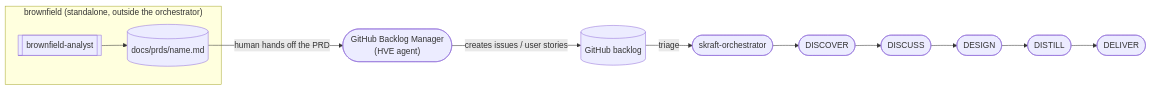
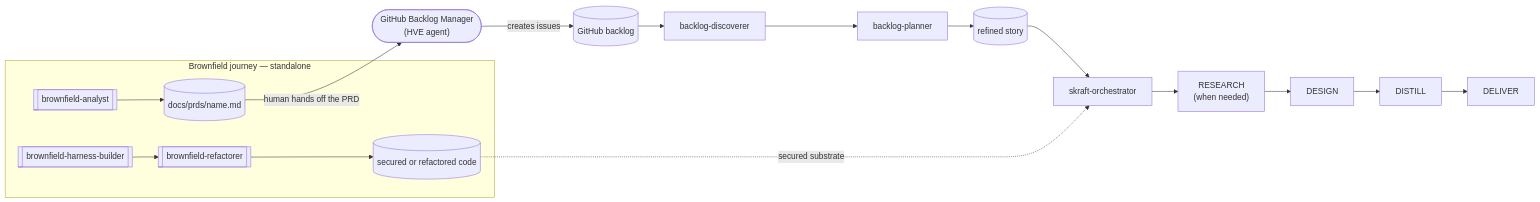
Before and after one commit to SebastienDegodez/skraft-plugin: the third of 3 diagrams in docs/site/en/explanation/brownfield.md, drawn with Mermaid. The commit also changed other lines of this file and 1 other file, not shown here.

Commit message:
docs(brownfield): make legacy work a first-class journey

````diff
--- a/docs/site/en/explanation/brownfield.md
+++ b/docs/site/en/explanation/brownfield.md
@@ -128,10 +145,16 @@
 ```mermaid
 flowchart LR
-    subgraph BF ["brownfield (standalone, outside the orchestrator)"]
+    subgraph BF ["Brownfield journey — standalone"]
         BA[["brownfield-analyst"]] --> PRD[("docs/prds/name.md")]
+        HB[["brownfield-harness-builder"]] --> RF[["brownfield-refactorer"]]
+        RF --> CODE[("secured or refactored code")]
     end
     PRD -->|"human hands off the PRD"| GHM(["GitHub Backlog Manager<br/>(HVE agent)"])
-    GHM -->|"creates issues / user stories"| ISSUES[("GitHub backlog")]
-    ISSUES -->|"triage"| ORCH(["skraft-orchestrator"])
-    ORCH --> DISCOVER(["DISCOVER"]) --> DISCUSS(["DISCUSS"]) --> DESIGN(["DESIGN"]) --> DISTILL(["DISTILL"]) --> DELIVER(["DELIVER"])
+    GHM -->|"creates issues"| ISSUES[("GitHub backlog")]
+    ISSUES --> BD["backlog-discoverer"]
+    BD --> BP["backlog-planner"]
+    BP --> STORY[("refined story")]
+    STORY --> ORCH["skraft-orchestrator"]
+    CODE -.->|"secured substrate"| ORCH
+    ORCH --> RESEARCH["RESEARCH<br/>(when needed)"] --> DESIGN["DESIGN"] --> DISTILL["DISTILL"] --> DELIVER["DELIVER"]
 ```
````
